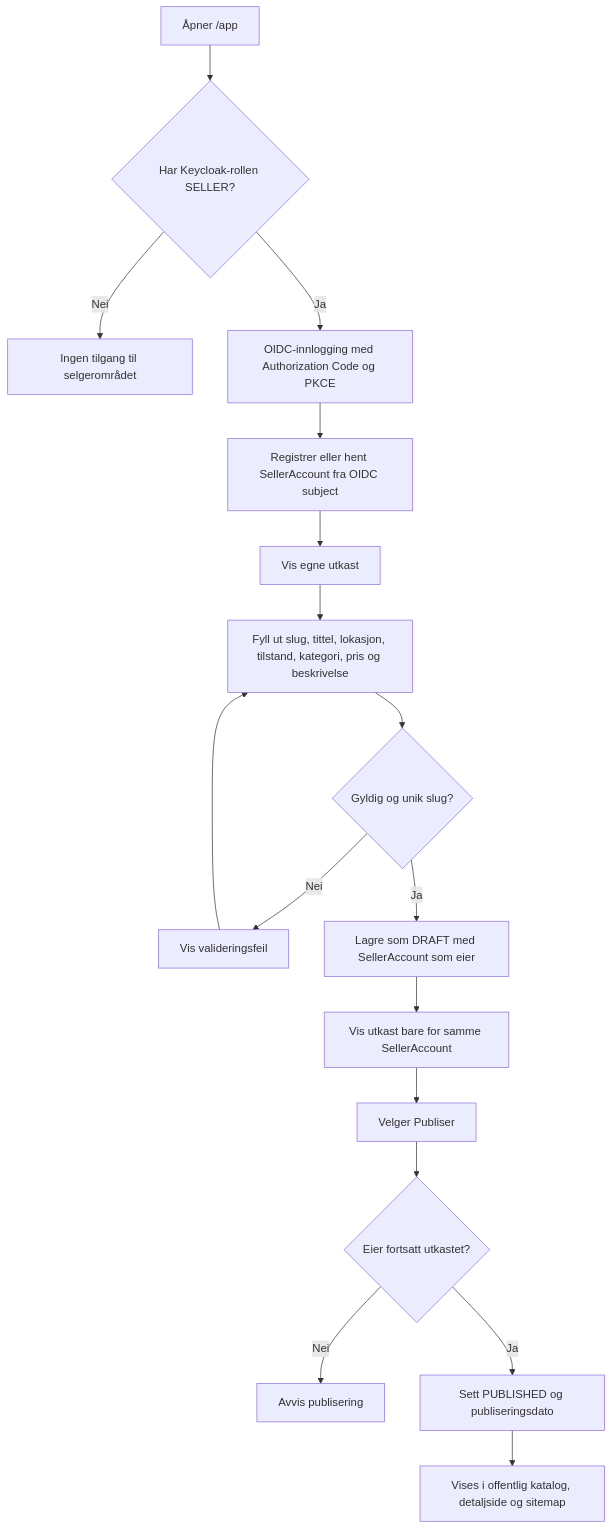
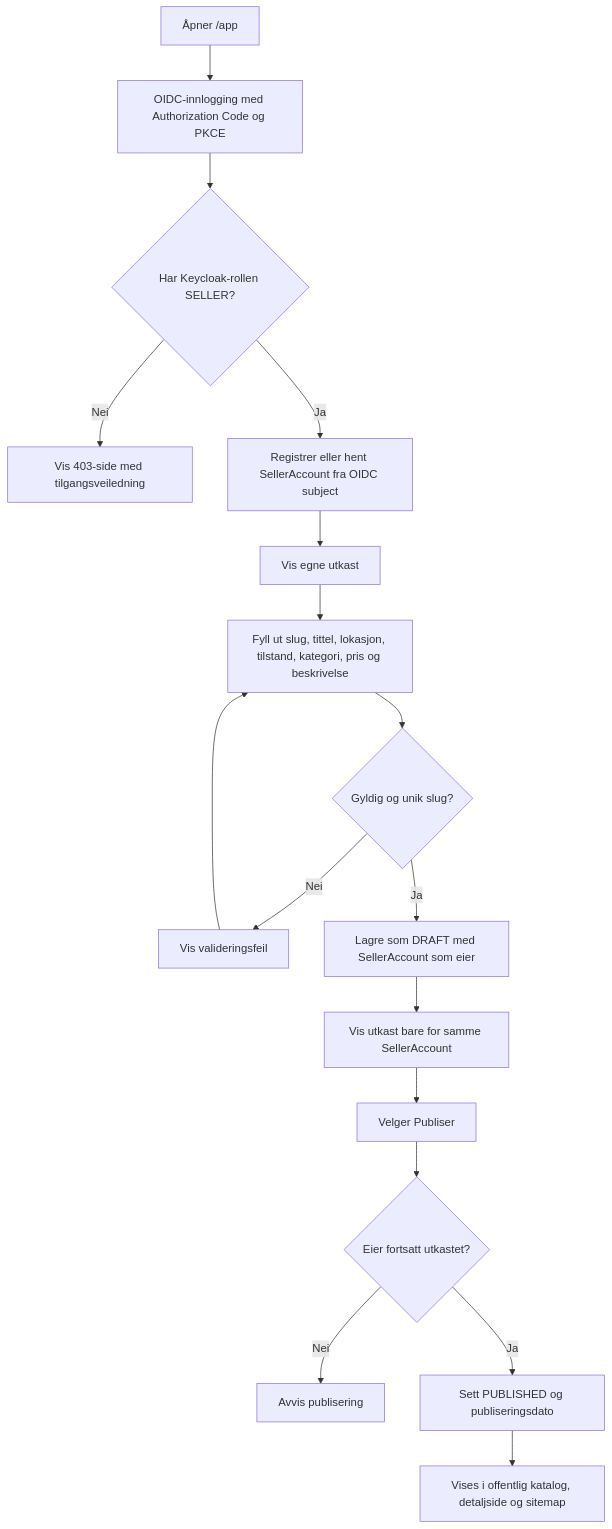
Before and after one commit to vardaasen/prosjekt: the diagram in docs/userflows/diagrams/06-seller-create-owned-draft.mmd, drawn with Mermaid. The commit also changed 2 other files, not shown here.

```diff
--- a/docs/userflows/diagrams/06-seller-create-owned-draft.mmd
+++ b/docs/userflows/diagrams/06-seller-create-owned-draft.mmd
@@ -1,17 +1,17 @@
 flowchart TD
-    A[Åpner /app] --> B{Har Keycloak-rollen SELLER?}
-    B -- Nei --> C[Ingen tilgang til selgerområdet]
-    B -- Ja --> D[OIDC-innlogging med Authorization Code og PKCE]
-    D --> E[Registrer eller hent SellerAccount fra OIDC subject]
+    A[Åpner /app] --> B[OIDC-innlogging med Authorization Code og PKCE]
+    B --> C{Har Keycloak-rollen SELLER?}
+    C -- Nei --> D[Vis 403-side med tilgangsveiledning]
+    C -- Ja --> E[Registrer eller hent SellerAccount fra OIDC subject]
     E --> F[Vis egne utkast]
     F --> G[Fyll ut slug, tittel, lokasjon, tilstand, kategori, pris og beskrivelse]
     G --> H{Gyldig og unik slug?}
     H -- Nei --> I[Vis valideringsfeil]
     I --> G
     H -- Ja --> J[Lagre som DRAFT med SellerAccount som eier]
     J --> K[Vis utkast bare for samme SellerAccount]
     K --> L[Velger Publiser]
     L --> M{Eier fortsatt utkastet?}
     M -- Nei --> N[Avvis publisering]
     M -- Ja --> O[Sett PUBLISHED og publiseringsdato]
     O --> P[Vises i offentlig katalog, detaljside og sitemap]
```
